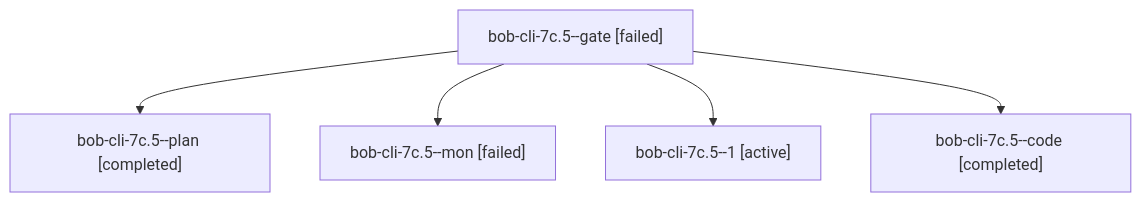
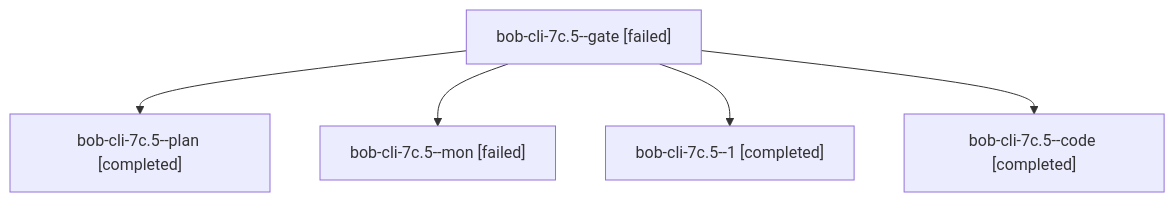
The diagram in sessions/bbugyi200.apollo.bob-cli-7c.5.md (bobs-org/bob-cli--agents), drawn with Mermaid before and after one commit. The commit also changed other lines of this file and 52 other files, not shown here.

````diff
--- a/sessions/bbugyi200.apollo.bob-cli-7c.5.md
+++ b/sessions/bbugyi200.apollo.bob-cli-7c.5.md
@@ -9,12 +9,12 @@
 ```mermaid
 flowchart TD
   n0["bob-cli-7c.5--gate [failed]"]
   n1["bob-cli-7c.5--plan [completed]"]
   n0 --> n1
   n2["bob-cli-7c.5--mon [failed]"]
   n0 --> n2
-  n3["bob-cli-7c.5--1 [active]"]
+  n3["bob-cli-7c.5--1 [completed]"]
   n0 --> n3
   n4["bob-cli-7c.5--code [completed]"]
   n0 --> n4
 ```
````
